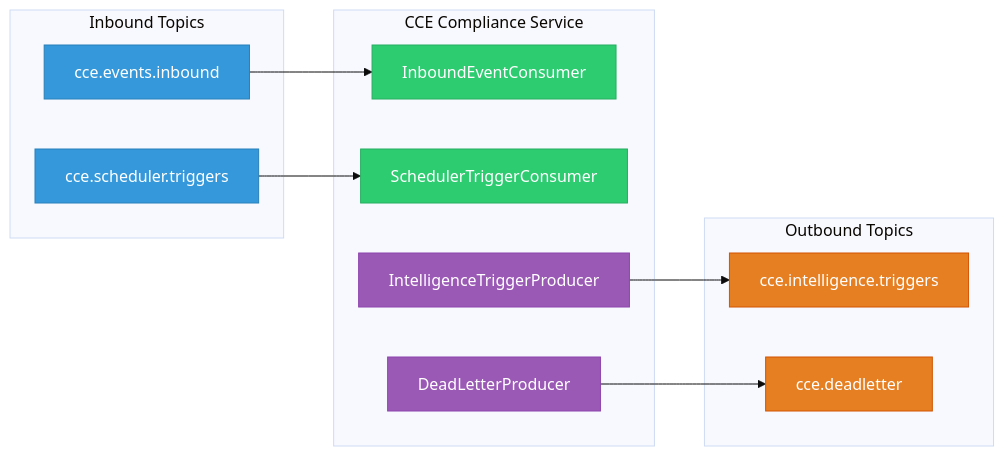
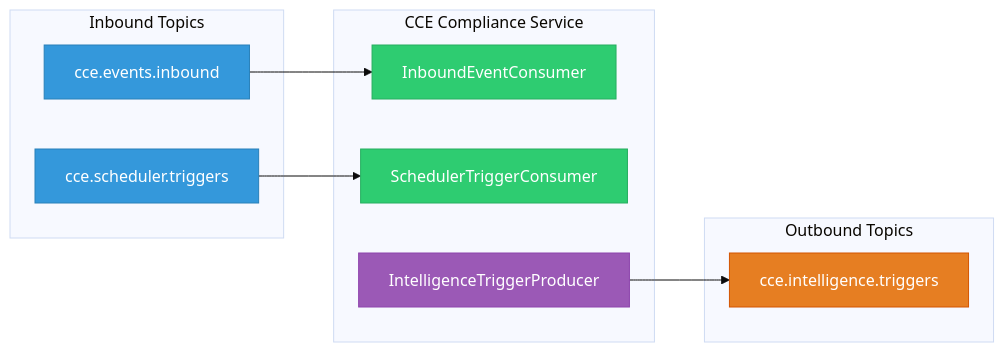
Before and after one commit to Jayaprakash8887/cce-compliance-service: the first of 3 diagrams in docs/kafka-events.md, drawn with Mermaid (base theme). The commit also changed other lines of this file and 6 other files, not shown here.

````diff
--- a/docs/kafka-events.md
+++ b/docs/kafka-events.md
@@ -7,34 +7,31 @@
 ```mermaid
 graph LR
     subgraph Inbound Topics
         T1["cce.events.inbound"]
         T2["cce.scheduler.triggers"]
     end
 
     subgraph CCE Compliance Service
         C1["InboundEventConsumer"]
         C2["SchedulerTriggerConsumer"]
         P1["IntelligenceTriggerProducer"]
-        P2["DeadLetterProducer"]
     end
 
     subgraph Outbound Topics
         T3["cce.intelligence.triggers"]
-        T4["cce.deadletter"]
     end
 
     T1 --> C1
     T2 --> C2
     P1 --> T3
-    P2 --> T4
 
     classDef inbound fill:#3498DB,stroke:#2980B9,color:white
     classDef outbound fill:#E67E22,stroke:#D35400,color:white
     classDef consumer fill:#2ECC71,stroke:#27AE60,color:white
     classDef producer fill:#9B59B6,stroke:#8E44AD,color:white
 
     class T1,T2 inbound
-    class T3,T4 outbound
+    class T3 outbound
     class C1,C2 consumer
-    class P1,P2 producer
+    class P1 producer
 ```
````
